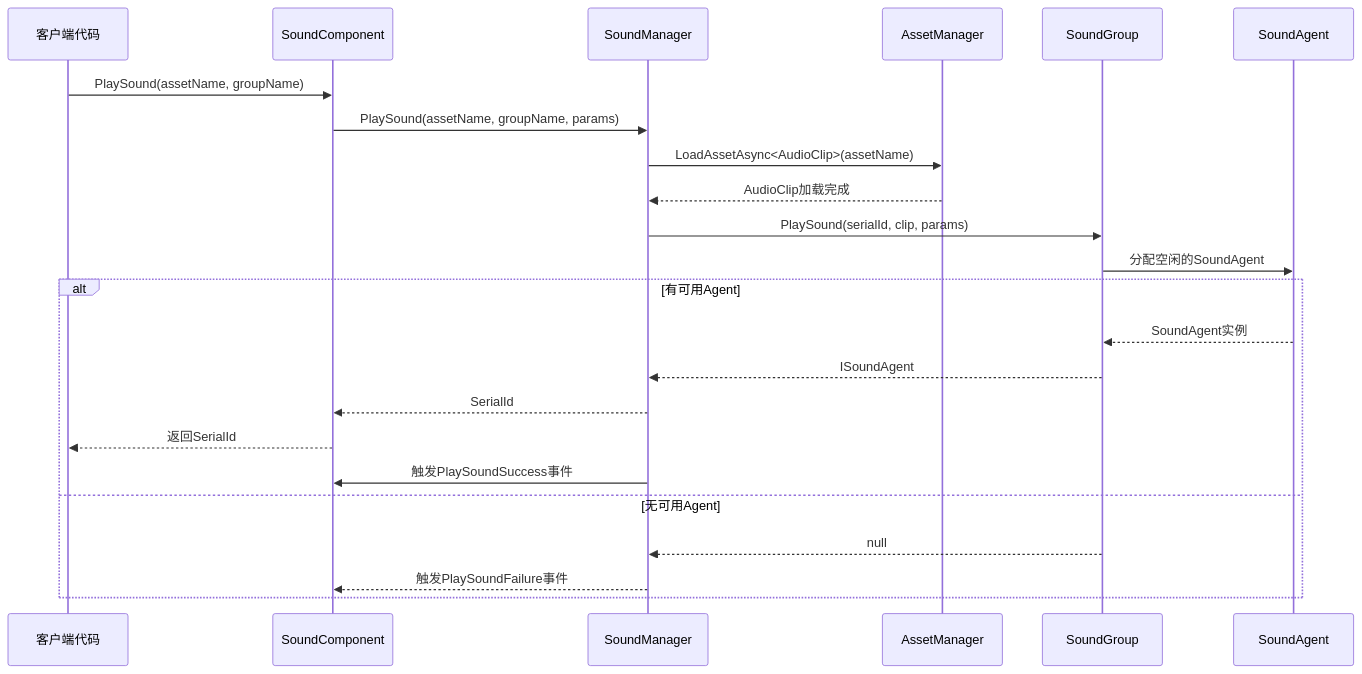
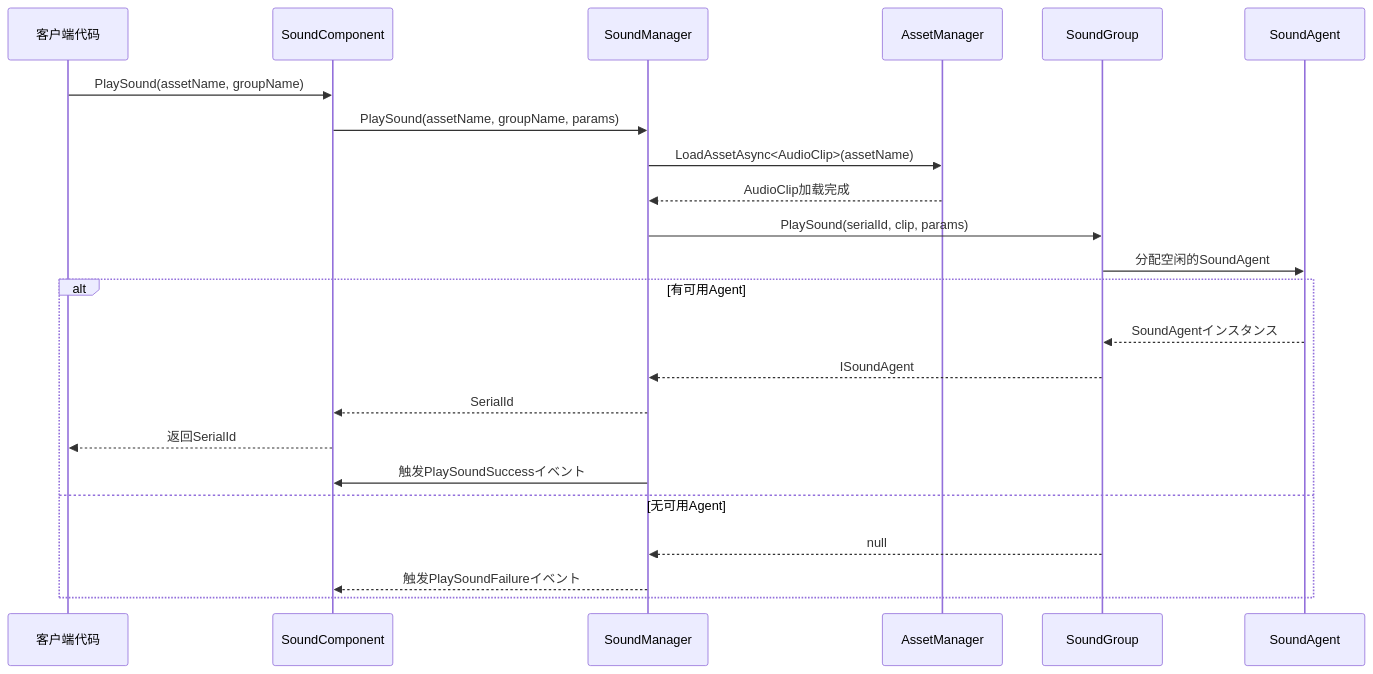
The diagram in docs/ja/client/unity/component/sound/03.getting-started.md (AlianBlank/GameFrameX.Docs), drawn with Mermaid before and after one commit. The commit also changed other lines of this file and 603 other files, not shown here.

````diff
--- a/docs/ja/client/unity/component/sound/03.getting-started.md
+++ b/docs/ja/client/unity/component/sound/03.getting-started.md
@@ -116,29 +116,29 @@
 ```mermaid
 sequenceDiagram
     participant C as 客户端代码
     participant SC as SoundComponent
     participant SM as SoundManager
     participant AG as AssetManager
     participant SG as SoundGroup
     participant SA as SoundAgent
 
     C->>SC: PlaySound(assetName, groupName)
     SC->>SM: PlaySound(assetName, groupName, params)
     
     SM->>AG: LoadAssetAsync<AudioClip>(assetName)
     AG-->>SM: AudioClip加载完成
     
     SM->>SG: PlaySound(serialId, clip, params)
     SG->>SA: 分配空闲的SoundAgent
     
     alt 有可用Agent
-        SA-->>SG: SoundAgent实例
+        SA-->>SG: SoundAgentインスタンス
         SG-->>SM: ISoundAgent
         SM-->>SC: SerialId
         SC-->>C: 返回SerialId
-        SM->>SC: 触发PlaySoundSuccess事件
+        SM->>SC: 触发PlaySoundSuccessイベント
     else 无可用Agent
         SG-->>SM: null
-        SM-->>SC: 触发PlaySoundFailure事件
+        SM-->>SC: 触发PlaySoundFailureイベント
     end
 ```
````
